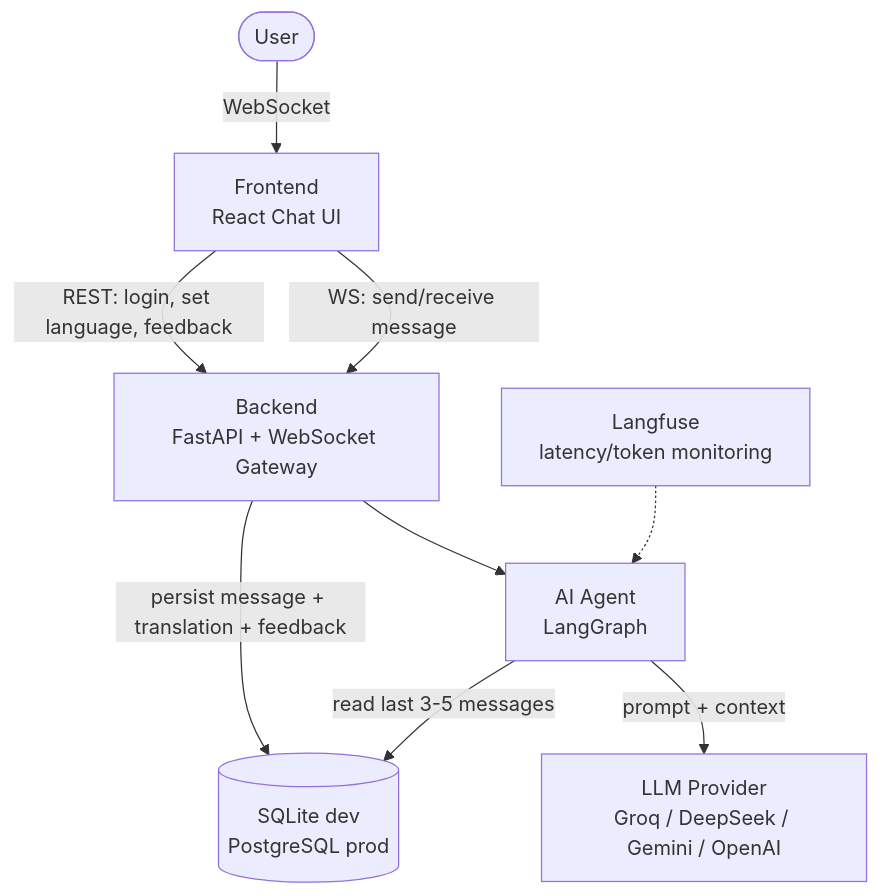
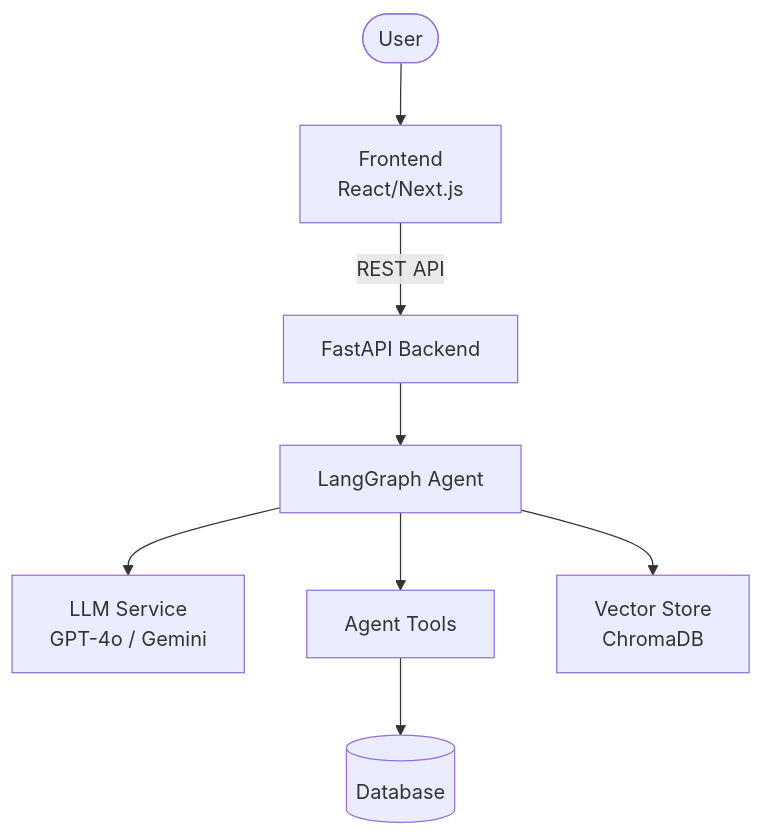
The first of 2 diagrams in docs/architecture_diagram.md (minh20003/linguaflow-ai), drawn with Mermaid before and after one commit. The commit also changed other lines of this file and 103 other files, not shown here.

````diff
--- a/docs/architecture_diagram.md
+++ b/docs/architecture_diagram.md
@@ -21,13 +5,10 @@
 ```mermaid
 graph TB
-    User([User]) -->|WebSocket| FE[Frontend<br/>React Chat UI]
-    FE -->|WS: send/receive message| BE[Backend<br/>FastAPI + WebSocket Gateway]
-    FE -->|REST: login, set language, feedback| BE
-
-    BE --> Agent[AI Agent<br/>LangGraph]
-    Agent -->|prompt + context| LLM[LLM Provider<br/>Groq / DeepSeek / Gemini / OpenAI]
-    Agent -->|read last 3-5 messages| DB[(SQLite dev<br/>PostgreSQL prod)]
-    BE -->|persist message + translation + feedback| DB
-
-    Monitor[Langfuse<br/>latency/token monitoring] -.-> Agent
+    User([User]) --> UI[Frontend<br/>React/Next.js]
+    UI -->|REST API| API[FastAPI Backend]
+    API --> Agent[LangGraph Agent]
+    Agent --> LLM[LLM Service<br/>GPT-4o / Gemini]
+    Agent --> Tools[Agent Tools]
+    Tools --> DB[(Database)]
+    Agent --> VS[Vector Store<br/>ChromaDB]
 ```
````
